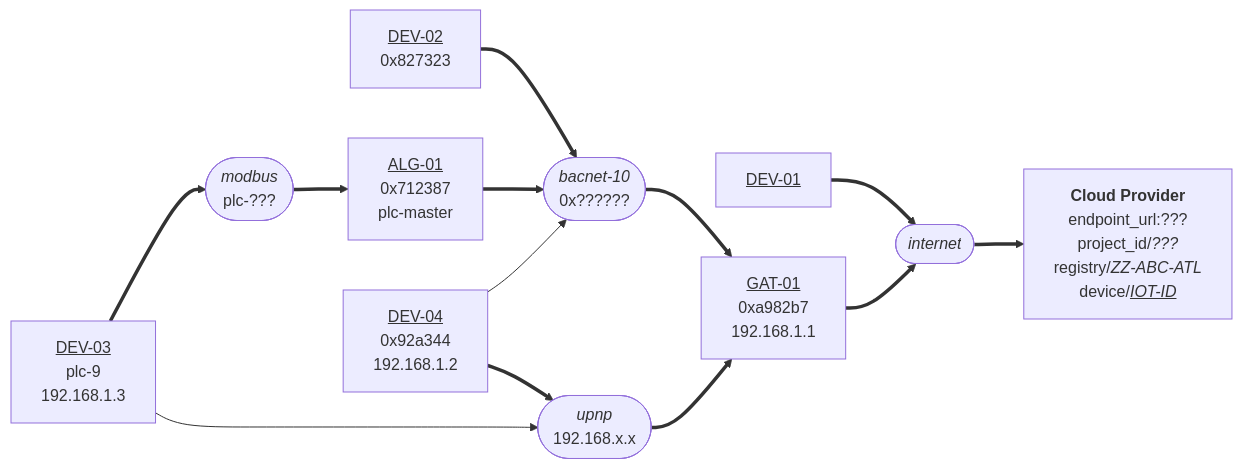
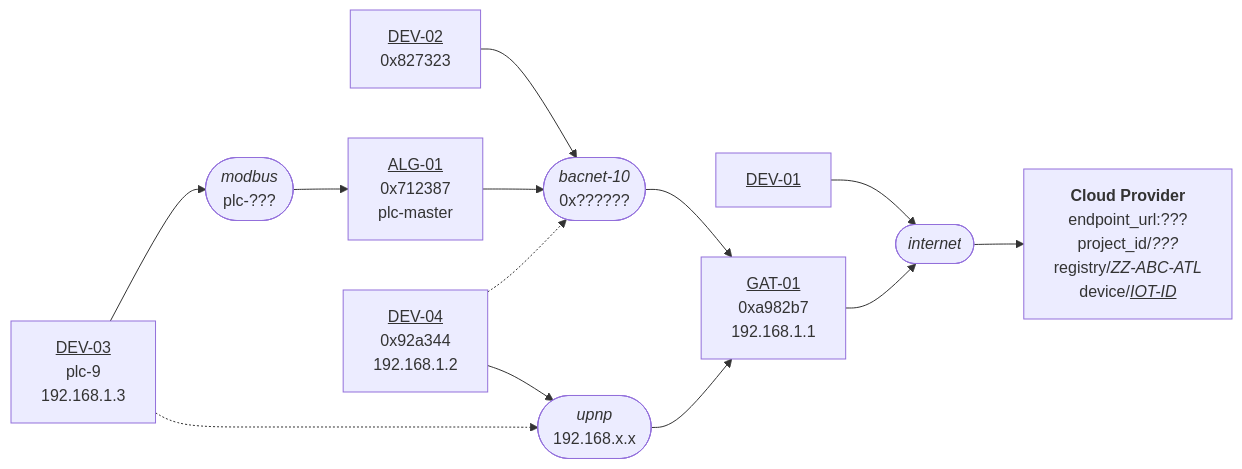
Before and after one commit to faucetsdn/udmi: the diagram in docs/specs/topology.md, drawn with Mermaid.

Commit message:
Use dashed instead of bold

````diff
--- a/docs/specs/topology.md
+++ b/docs/specs/topology.md
@@ -22,27 +22,27 @@
 ```mermaid
 %%{wrap}%%
 flowchart LR
   D2[<u>DEV-02</u><br/>0x827323]
   D1[<u>DEV-01</u>]
   LG[<u>ALG-01</u><br/>0x712387<br/>plc-master]
   D3[<u>DEV-03</u><br/>plc-9<br/>192.168.1.3]
   D4[<u>DEV-04</u><br/>0x92a344<br/>192.168.1.2]
   IG[<u>GAT-01</u><br/>0xa982b7<br/>192.168.1.1]
   BN([<i>bacnet-10</i><br/>0x??????])
   MB([<i>modbus</i><br/>plc-???])
   IP([<i>upnp</i><br/>192.168.x.x])
   IN([<i>internet</i>])
   CP[<b>Cloud Provider</b><br/>endpoint_url:???<br/>project_id/<i>???</i><br/>registry/<i>ZZ-ABC-ATL</i><br/>device/<i><u>IOT-ID</u></i>]
-  D2 ==> BN
-  D4 ==> IP
-  D3 --> IP
-  LG ==> BN
-  D4 --> BN
-  D1 ==> IN
-  D3 ==> MB
-  IG ==> IN
-  BN ==> IG
-  IP ==> IG
-  IN ==> CP
-  MB ==> LG
+  D2 --> BN
+  D4 --> IP
+  D3 -.-> IP
+  LG --> BN
+  D4 -.-> BN
+  D1 --> IN
+  D3 --> MB
+  IG --> IN
+  BN --> IG
+  IP --> IG
+  IN --> CP
+  MB --> LG
 ```
````
